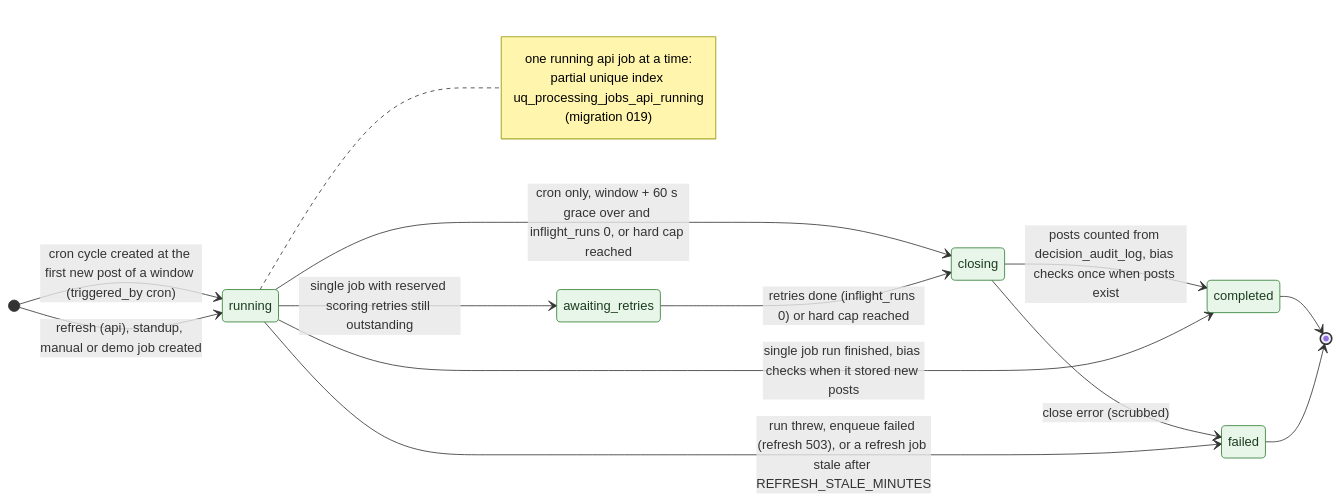
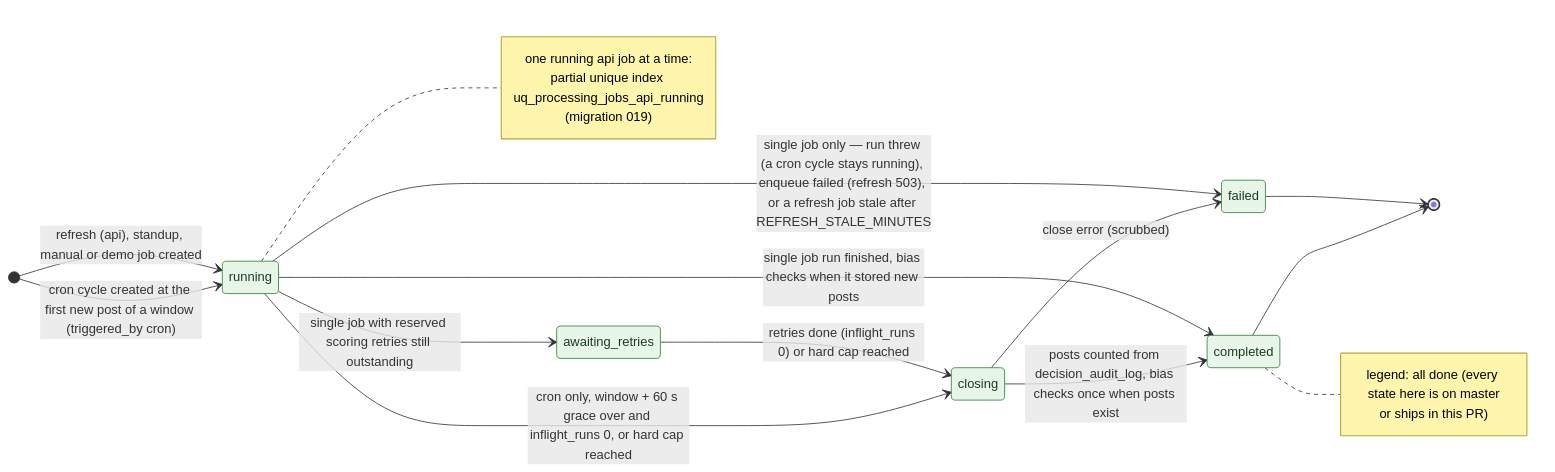
One commit to jennifer-mckinney/pulse-of-ai changed the diagram in docs/diagrams/states/processing-job-lifecycle.mmd. Above: the diagram before and after it, drawn with Mermaid. The commit also changed 47 other files, not shown here.

First line of the commit message:
Apply the round-1 diagram audit corrections (57 FAILs)

```diff
--- a/docs/diagrams/states/processing-job-lifecycle.mmd
+++ b/docs/diagrams/states/processing-job-lifecycle.mmd
@@ -1,35 +1,40 @@
 %% Title: State · processing job lifecycle
 %% Summary: The statuses a processing_jobs row moves through, for scheduled collection cycles and for single jobs (refresh, standup, manual, demo), and when bias checks run.
 %% Sources: src/collectors/cycle.js (currentCycleJob, claimDueCycles, closeCycles), src/collectors/runner.js, src/routes/refresh.js, src/workers/collect.worker.js, scripts/populate.js, src/db/migrations/001, 019, 021. Spec: TECHNICAL_SPEC.md sections 7 (POST /api/refresh) and 9 (when bias checks run).
 stateDiagram-v2
   direction LR
 
   state "running" as running
   state "closing" as closing
   state "awaiting_retries" as awaiting
   state "completed" as completed
   state "failed" as failed
 
   [*] --> running : cron cycle created at the first new post of a window (triggered_by cron)
   [*] --> running : refresh (api), standup, manual or demo job created
 
   running --> closing : cron only, window + 60 s grace over and inflight_runs 0, or hard cap reached
   closing --> completed : posts counted from decision_audit_log, bias checks once when posts exist
   closing --> failed : close error (scrubbed)
 
   running --> completed : single job run finished, bias checks when it stored new posts
   running --> awaiting : single job with reserved scoring retries still outstanding
   awaiting --> closing : retries done (inflight_runs 0) or hard cap reached
-  running --> failed : run threw, enqueue failed (refresh 503), or a refresh job stale after REFRESH_STALE_MINUTES
+  running --> failed : single job only — run threw (a cron cycle stays running), enqueue failed (refresh 503), or a refresh job stale after REFRESH_STALE_MINUTES
 
   completed --> [*]
   failed --> [*]
 
   note right of running
     one running api job at a time:
     partial unique index uq_processing_jobs_api_running
     (migration 019)
   end note
 
+  note right of completed
+    legend: all done (every state here is on master
+    or ships in this PR)
+  end note
+
   classDef done fill:#e8f5e9,stroke:#2e7d32,color:#1b3d1f
   class running, closing, awaiting, completed, failed done
```
